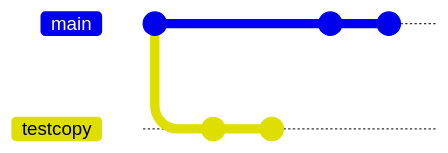
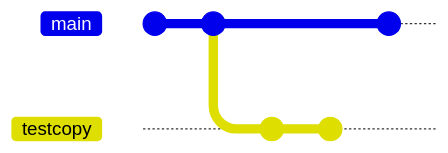
Before and after one commit to arch-spatula/learningGitAndGithub: the fourth of 12 diagrams in README.md, drawn with Mermaid. The commit also changed other lines of this file, not shown here. Commit ids are hidden.

````diff
--- a/README.md
+++ b/README.md
@@ -109,10 +143,10 @@
 ```mermaid
 gitGraph
-       commit
-       branch testcopy
-       commit
-       commit
-       checkout main
-       commit
-       commit
+	commit
+	commit
+	branch testcopy
+	commit
+	commit
+	checkout main
+	commit
 ```
````
